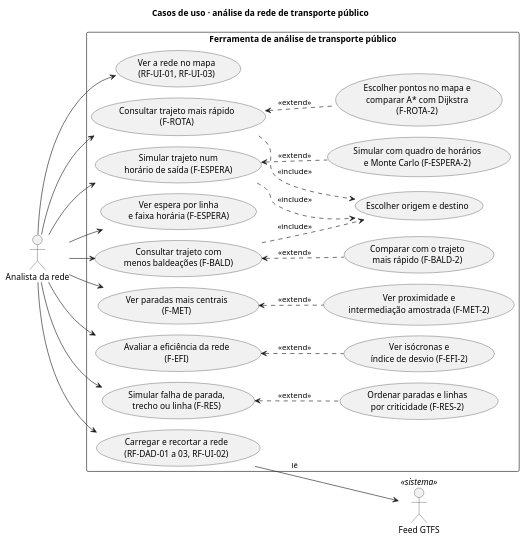
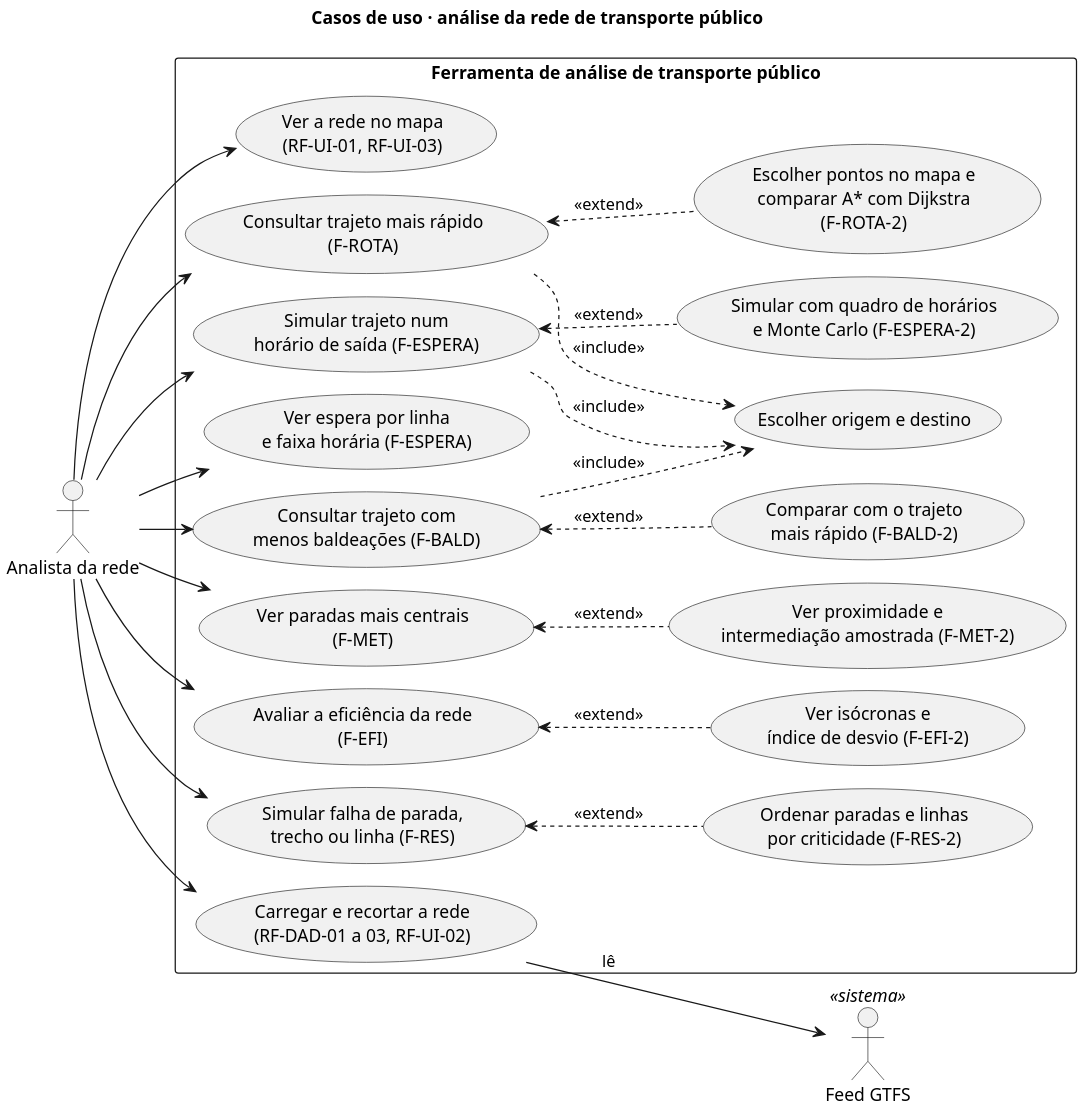
The diagram in docs/diagramas/casos-de-uso.puml (henriquegdc/grafos-transporte-bh), drawn with PlantUML before and after one commit. The commit also changed 9 other files, not shown here.

```diff
--- a/docs/diagramas/casos-de-uso.puml
+++ b/docs/diagramas/casos-de-uso.puml
@@ -1,59 +1,60 @@
 @startuml casos-de-uso
 ' Diagrama de casos de uso: o que a ferramenta oferece ao usuário.
 ' Estado: planejado. Requisitos em docs/fontes/REQUISITOS.md §5.1.
 ' Essenciais como casos de uso; desejáveis como <<extend>>; opcionais fora do diagrama.
 !pragma layout smetana
+skinparam dpi 200
 left to right direction
 skinparam packageStyle rectangle
 title Casos de uso · análise da rede de transporte público
 
 actor "Analista da rede" as A
 actor "Feed GTFS" as G <<sistema>>
 
 rectangle "Ferramenta de análise de transporte público" {
   usecase "Carregar e recortar a rede\n(RF-DAD-01 a 03, RF-UI-02)" as UC_CARREGAR
   usecase "Ver a rede no mapa\n(RF-UI-01, RF-UI-03)" as UC_MAPA
   usecase "Escolher origem e destino" as UC_ESCOLHER
 
   usecase "Consultar trajeto mais rápido\n(F-ROTA)" as UC_ROTA
   usecase "Escolher pontos no mapa e\ncomparar A* com Dijkstra\n(F-ROTA-2)" as UC_ROTA2
 
   usecase "Simular trajeto num\nhorário de saída (F-ESPERA)" as UC_SIMULAR
   usecase "Ver espera por linha\ne faixa horária (F-ESPERA)" as UC_ESPERA
   usecase "Simular com quadro de horários\ne Monte Carlo (F-ESPERA-2)" as UC_ESPERA2
 
   usecase "Consultar trajeto com\nmenos baldeações (F-BALD)" as UC_BALD
   usecase "Comparar com o trajeto\nmais rápido (F-BALD-2)" as UC_BALD2
 
   usecase "Ver paradas mais centrais\n(F-MET)" as UC_MET
   usecase "Ver proximidade e\nintermediação amostrada (F-MET-2)" as UC_MET2
 
   usecase "Avaliar a eficiência da rede\n(F-EFI)" as UC_EFI
   usecase "Ver isócronas e\níndice de desvio (F-EFI-2)" as UC_EFI2
 
   usecase "Simular falha de parada,\ntrecho ou linha (F-RES)" as UC_RES
   usecase "Ordenar paradas e linhas\npor criticidade (F-RES-2)" as UC_RES2
 }
 
 A --> UC_CARREGAR
 A --> UC_MAPA
 A --> UC_ROTA
 A --> UC_SIMULAR
 A --> UC_ESPERA
 A --> UC_BALD
 A --> UC_MET
 A --> UC_EFI
 A --> UC_RES
 UC_CARREGAR --> G : lê
 
 UC_ROTA ..> UC_ESCOLHER : <<include>>
 UC_SIMULAR ..> UC_ESCOLHER : <<include>>
 UC_BALD ..> UC_ESCOLHER : <<include>>
 
 UC_ROTA <.. UC_ROTA2 : <<extend>>
 UC_SIMULAR <.. UC_ESPERA2 : <<extend>>
 UC_BALD <.. UC_BALD2 : <<extend>>
 UC_MET <.. UC_MET2 : <<extend>>
 UC_EFI <.. UC_EFI2 : <<extend>>
 UC_RES <.. UC_RES2 : <<extend>>
 @enduml
```
